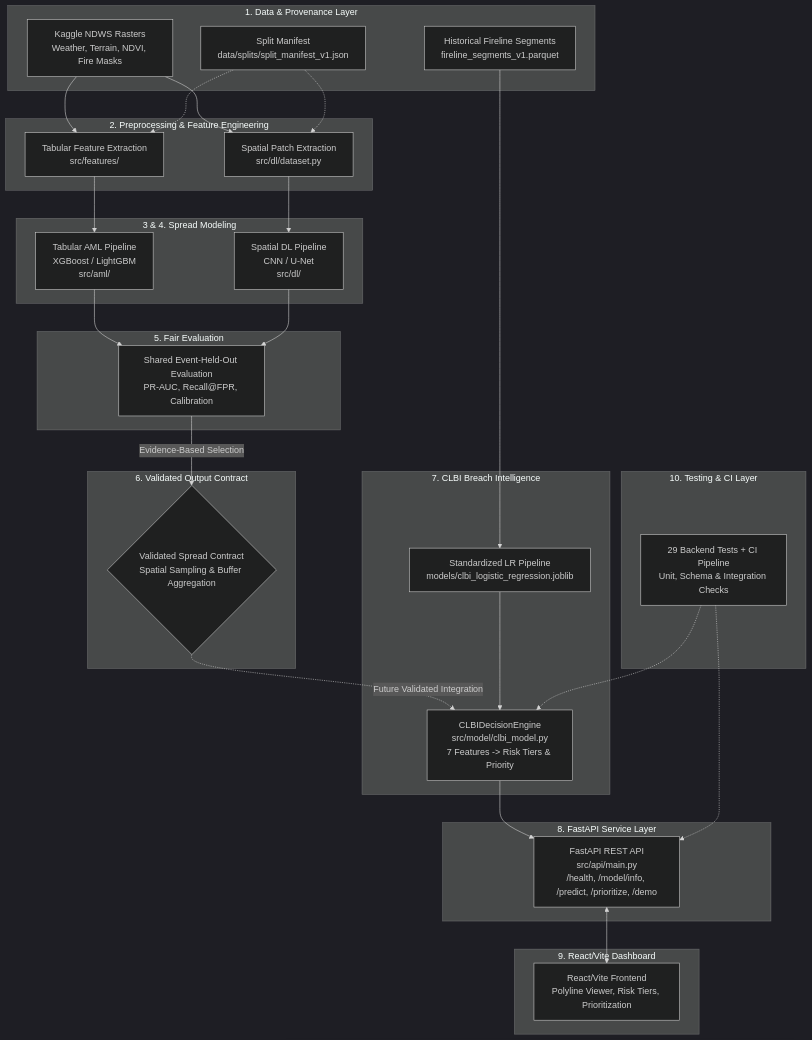
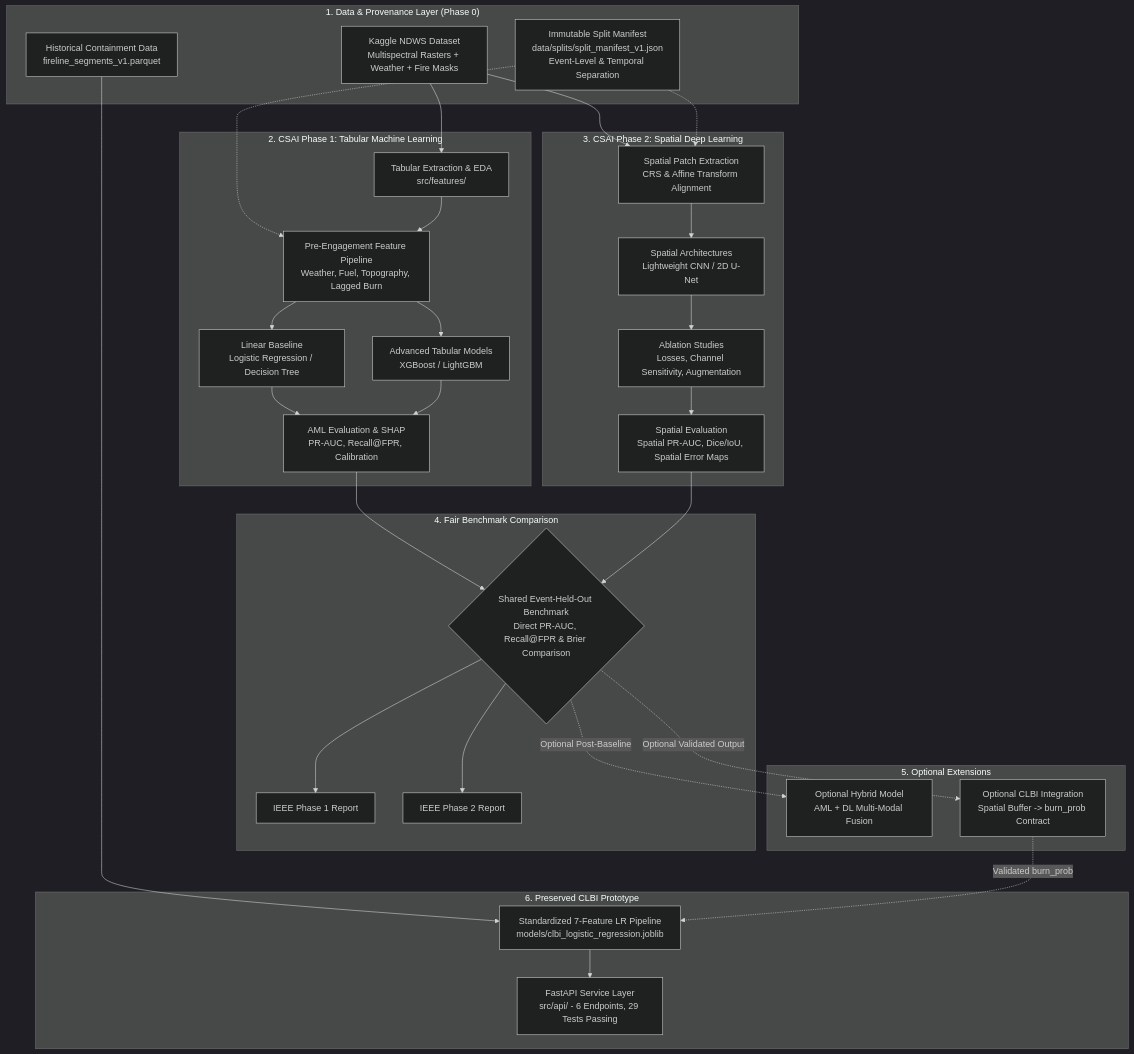
Before and after one commit to vedant21-ctr/fireWild: the diagram in docs/PROJECT_ARCHITECTURE_AND_ROADMAP.md, drawn with Mermaid (dark theme). The commit also changed other lines of this file, not shown here.

Commit message:
docs: align roadmap with CSAI evaluation requirements

````diff
--- a/docs/PROJECT_ARCHITECTURE_AND_ROADMAP.md
+++ b/docs/PROJECT_ARCHITECTURE_AND_ROADMAP.md
@@ -330,65 +235,68 @@
 ```mermaid
 flowchart TD
-    subgraph DataLayer ["1. Data & Provenance Layer"]
-        NDWS[Kaggle NDWS Rasters\nWeather, Terrain, NDVI, Fire Masks]
-        CLBI_DATA[Historical Fireline Segments\nfireline_segments_v1.parquet]
-        SPLITS[Split Manifest\ndata/splits/split_manifest_v1.json]
+    subgraph DataProvenance ["1. Data & Provenance Layer (Phase 0)"]
+        NDWS_RAW[Kaggle NDWS Dataset\nMultispectral Rasters + Weather + Fire Masks]
+        CLBI_DATA[Historical Containment Data\nfireline_segments_v1.parquet]
+        SPLIT_MANIFEST[Immutable Split Manifest\ndata/splits/split_manifest_v1.json\nEvent-Level & Temporal Separation]
     end
 
-    subgraph Preprocessing ["2. Preprocessing & Feature Engineering"]
-        TAB_FEAT[Tabular Feature Extraction\nsrc/features/]
-        SPAT_TENSOR[Spatial Patch Extraction\nsrc/dl/dataset.py]
+    subgraph Phase1_AML ["2. CSAI Phase 1: Tabular Machine Learning"]
+        EDA[Tabular Extraction & EDA\nsrc/features/]
+        FEAT_ENG[Pre-Engagement Feature Pipeline\nWeather, Fuel, Topography, Lagged Burn]
+        AML_BASE[Linear Baseline\nLogistic Regression / Decision Tree]
+        AML_ADV[Advanced Tabular Models\nXGBoost / LightGBM]
+        AML_EVAL[AML Evaluation & SHAP\nPR-AUC, Recall@FPR, Calibration]
     end
 
-    subgraph Modeling ["3 & 4. Spread Modeling"]
-        AML_MODEL[Tabular AML Pipeline\nXGBoost / LightGBM\nsrc/aml/]
-        DL_MODEL[Spatial DL Pipeline\nCNN / U-Net\nsrc/dl/]
+    subgraph Phase2_DL ["3. CSAI Phase 2: Spatial Deep Learning"]
+        GIS_PIPE[Spatial Patch Extraction\nCRS & Affine Transform Alignment]
+        DL_MODELS[Spatial Architectures\nLightweight CNN / 2D U-Net]
+        DL_ABLATION[Ablation Studies\nLosses, Channel Sensitivity, Augmentation]
+        DL_EVAL[Spatial Evaluation\nSpatial PR-AUC, Dice/IoU, Spatial Error Maps]
     end
 
-    subgraph Evaluation ["5. Fair Evaluation"]
-        EVAL[Shared Event-Held-Out Evaluation\nPR-AUC, Recall@FPR, Calibration]
+    subgraph FairEvaluation ["4. Fair Benchmark Comparison"]
+        GATE{Shared Event-Held-Out Benchmark\nDirect PR-AUC, Recall@FPR & Brier Comparison}
+        REPORT_P1[IEEE Phase 1 Report]
+        REPORT_P2[IEEE Phase 2 Report]
     end
 
-    subgraph IntegrationContract ["6. Validated Output Contract"]
-        CONTRACT{Validated Spread Contract\nSpatial Sampling & Buffer Aggregation}
+    subgraph OptionalExtensions ["5. Optional Extensions"]
+        HYBRID[Optional Hybrid Model\nAML + DL Multi-Modal Fusion]
+        CLBI_INTEG[Optional CLBI Integration\nSpatial Buffer -> burn_prob Contract]
     end
 
-    subgraph CLBI_Engine ["7. CLBI Breach Intelligence"]
-        PROD_MODEL[Standardized LR Pipeline\nmodels/clbi_logistic_regression.joblib]
-        ENGINE[CLBIDecisionEngine\nsrc/model/clbi_model.py\n7 Features -> Risk Tiers & Priority]
-    end
-
-    subgraph ServiceLayer ["8. FastAPI Service Layer"]
-        API[FastAPI REST API\nsrc/api/main.py\n/health, /model/info, /predict, /prioritize, /demo]
-    end
-
-    subgraph UILayer ["9. React/Vite Dashboard"]
-        UI[React/Vite Frontend\nPolyline Viewer, Risk Tiers, Prioritization]
-    end
-
-    subgraph CI_Ops ["10. Testing & CI Layer"]
-        TESTS[29 Backend Tests + CI Pipeline\nUnit, Schema & Integration Checks]
+    subgraph Downstream_CLBI ["6. Preserved CLBI Prototype"]
+        CLBI_MODEL[Standardized 7-Feature LR Pipeline\nmodels/clbi_logistic_regression.joblib]
+        CLBI_API[FastAPI Service Layer\nsrc/api/ - 6 Endpoints, 29 Tests Passing]
     end
 
     %% Data Connections
-    NDWS --> TAB_FEAT
-    NDWS --> SPAT_TENSOR
-    SPLITS -.-> TAB_FEAT
-    SPLITS -.-> SPAT_TENSOR
-    
-    TAB_FEAT --> AML_MODEL
-    SPAT_TENSOR --> DL_MODEL
+    NDWS_RAW --> EDA
+    NDWS_RAW --> GIS_PIPE
+    SPLIT_MANIFEST -.-> FEAT_ENG
+    SPLIT_MANIFEST -.-> GIS_PIPE
 
-    AML_MODEL --> EVAL
-    DL_MODEL --> EVAL
+    EDA --> FEAT_ENG
+    FEAT_ENG --> AML_BASE
+    FEAT_ENG --> AML_ADV
+    AML_BASE --> AML_EVAL
+    AML_ADV --> AML_EVAL
 
-    EVAL -->|Evidence-Based Selection| CONTRACT
-    CONTRACT -.->|Future Validated Integration| ENGINE
+    GIS_PIPE --> DL_MODELS
+    DL_MODELS --> DL_ABLATION
+    DL_ABLATION --> DL_EVAL
 
-    CLBI_DATA --> PROD_MODEL
-    PROD_MODEL --> ENGINE
-    ENGINE --> API
-    API <--> UI
-    TESTS -.-> API
-    TESTS -.-> ENGINE
+    AML_EVAL --> GATE
+    DL_EVAL --> GATE
+
+    GATE --> REPORT_P1
+    GATE --> REPORT_P2
+
+    GATE -.->|Optional Post-Baseline| HYBRID
+    GATE -.->|Optional Validated Output| CLBI_INTEG
+
+    CLBI_DATA --> CLBI_MODEL
+    CLBI_MODEL --> CLBI_API
+    CLBI_INTEG -.->|Validated burn_prob| CLBI_MODEL
 ```
````
